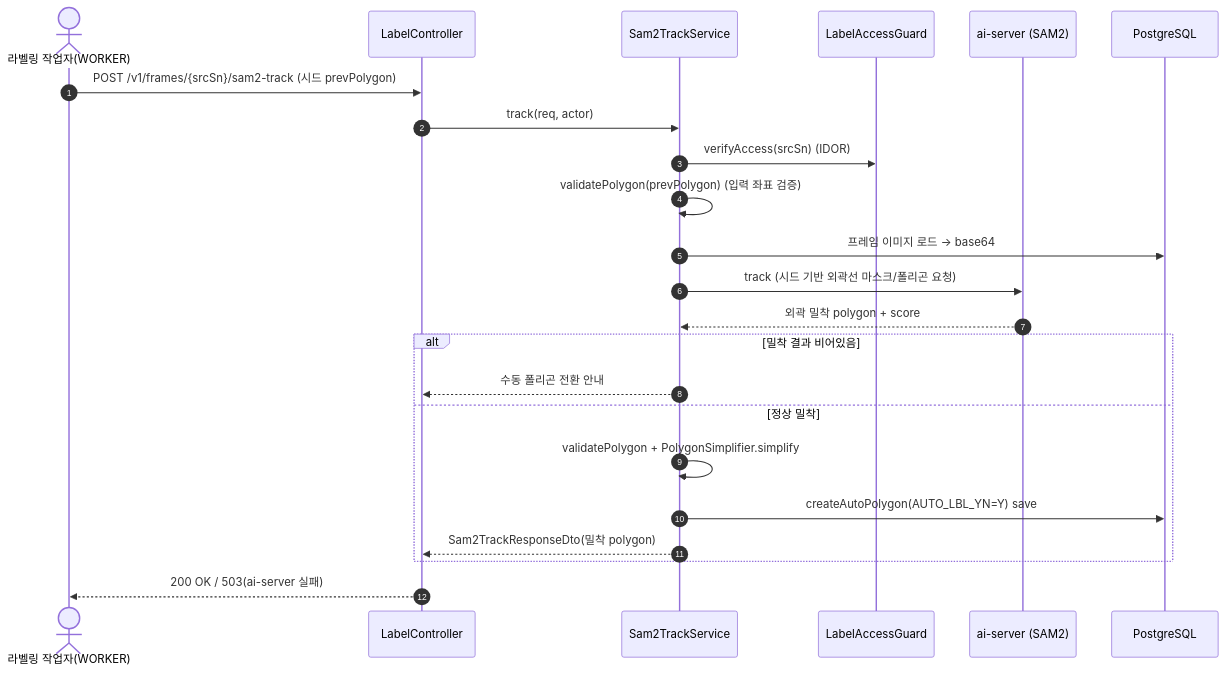
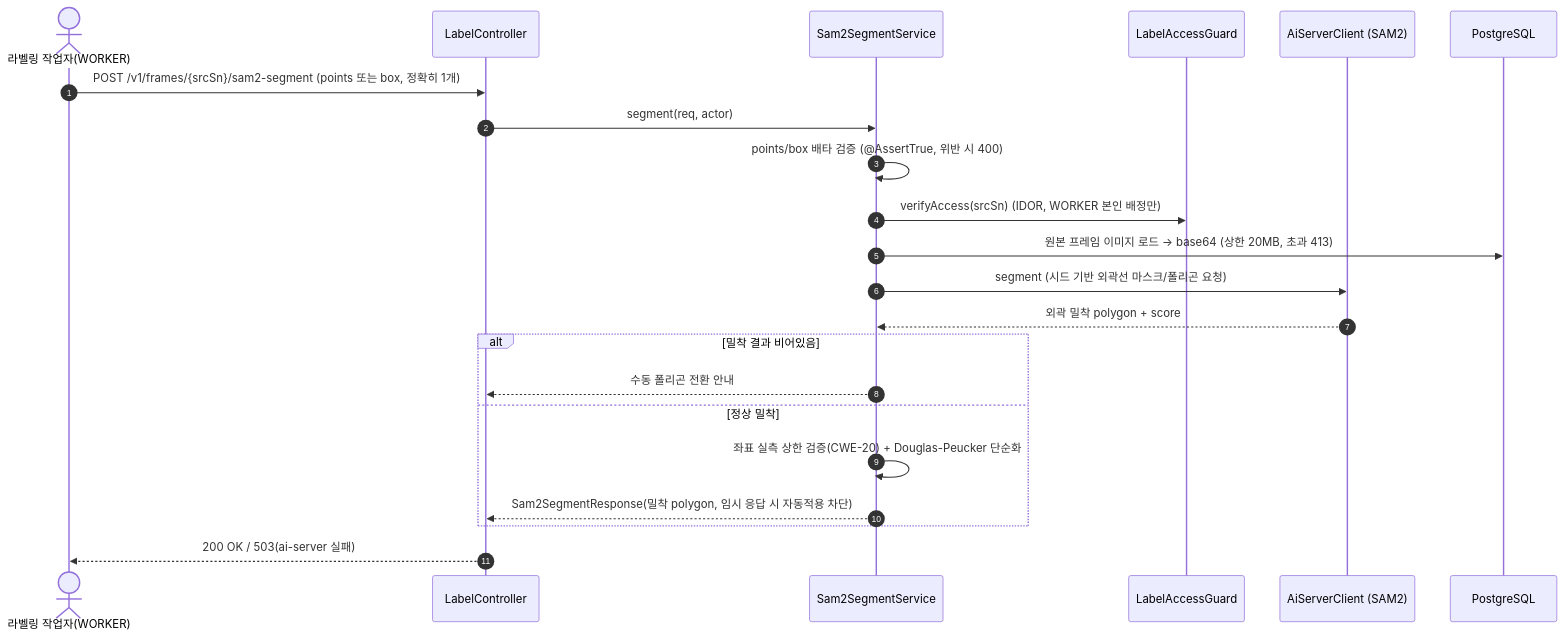
The fifth of 26 diagrams in docs/design/D1-클래스설계서.md (New-stella/klid-label), drawn with Mermaid before and after one commit. The commit also changed other lines of this file and 6 other files, not shown here.

````diff
--- a/docs/design/D1-클래스설계서.md
+++ b/docs/design/D1-클래스설계서.md
@@ -490,26 +379,24 @@
 ```mermaid
 sequenceDiagram
     autonumber
     actor WK as 라벨링 작업자(WORKER)
     participant LC as LabelController
-    participant STS as Sam2TrackService
+    participant SSS as Sam2SegmentService
     participant AG as LabelAccessGuard
-    participant AI as ai-server (SAM2)
+    participant AI as AiServerClient (SAM2)
     participant DB as PostgreSQL
-
-    WK->>LC: POST /v1/frames/{srcSn}/sam2-track (시드 prevPolygon)
-    LC->>STS: track(req, actor)
-    STS->>AG: verifyAccess(srcSn) (IDOR)
-    STS->>STS: validatePolygon(prevPolygon) (입력 좌표 검증)
-    STS->>DB: 프레임 이미지 로드 → base64
-    STS->>AI: track (시드 기반 외곽선 마스크/폴리곤 요청)
-    AI-->>STS: 외곽 밀착 polygon + score
+    WK->>LC: POST /v1/frames/{srcSn}/sam2-segment (points 또는 box, 정확히 1개)
+    LC->>SSS: segment(req, actor)
+    SSS->>SSS: points/box 배타 검증 (@AssertTrue, 위반 시 400)
+    SSS->>AG: verifyAccess(srcSn) (IDOR, WORKER 본인 배정만)
+    SSS->>DB: 원본 프레임 이미지 로드 → base64 (상한 20MB, 초과 413)
+    SSS->>AI: segment (시드 기반 외곽선 마스크/폴리곤 요청)
+    AI-->>SSS: 외곽 밀착 polygon + score
     alt 밀착 결과 비어있음
-        STS-->>LC: 수동 폴리곤 전환 안내
+        SSS-->>LC: 수동 폴리곤 전환 안내
     else 정상 밀착
-        STS->>STS: validatePolygon + PolygonSimplifier.simplify
-        STS->>DB: createAutoPolygon(AUTO_LBL_YN=Y) save
-        STS-->>LC: Sam2TrackResponseDto(밀착 polygon)
+        SSS->>SSS: 좌표 실측 상한 검증(CWE-20) + Douglas-Peucker 단순화
+        SSS-->>LC: Sam2SegmentResponse(밀착 polygon, 임시 응답 시 자동적용 차단)
     end
     LC-->>WK: 200 OK / 503(ai-server 실패)
 ```
````
